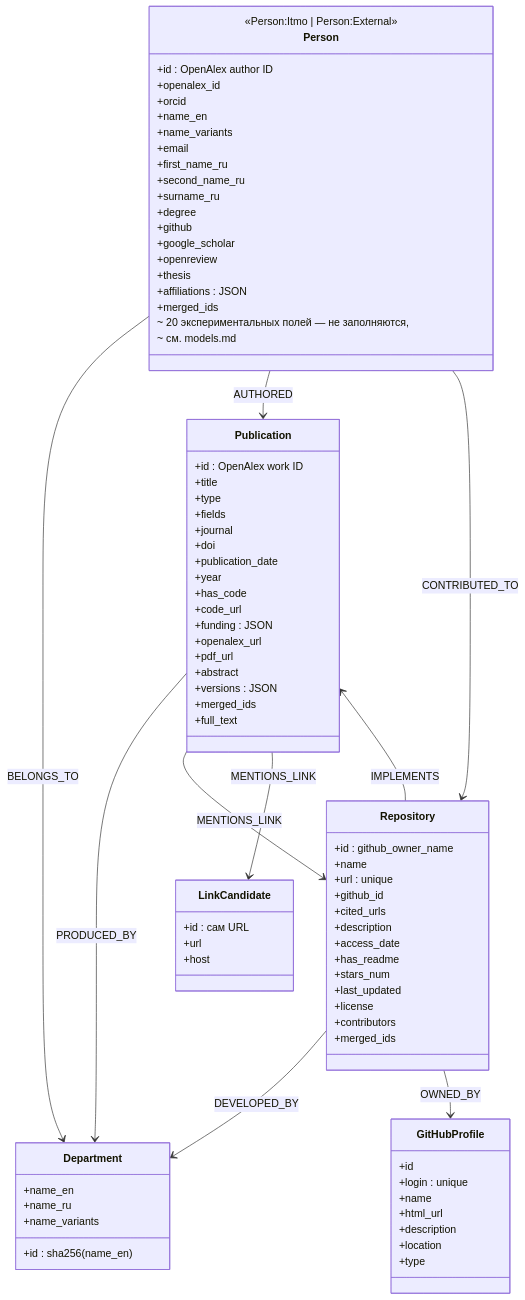
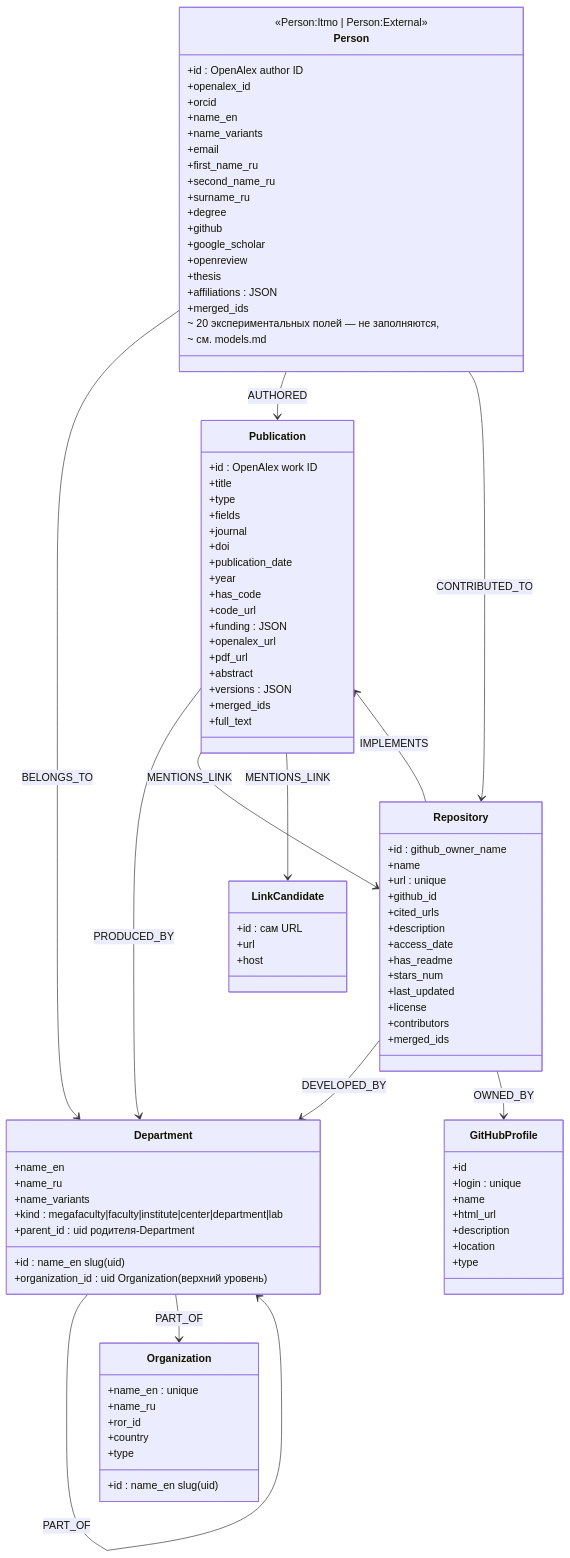
One commit to ITMO-NSS-team/PAUK changed the diagram in docs/diagrams/neo4j-schema.md. Above: the diagram before and after it, drawn with Mermaid. The commit also changed other lines of this file and 22 other files, not shown here.

````diff
--- a/docs/diagrams/neo4j-schema.md
+++ b/docs/diagrams/neo4j-schema.md
@@ -24,11 +24,23 @@
         ~ см. models.md
     }
 
+    class Organization {
+        +id : name_en slug (uid)
+        +name_en : unique
+        +name_ru
+        +ror_id
+        +country
+        +type
+    }
+
     class Department {
-        +id : sha256(name_en)
+        +id : name_en slug (uid)
         +name_en
         +name_ru
         +name_variants
+        +kind : megafaculty|faculty|institute|center|department|lab
+        +parent_id : uid родителя-Department
+        +organization_id : uid Organization (верхний уровень)
     }
 
     class Publication {
@@ -92,4 +104,6 @@
     Repository --> Department : DEVELOPED_BY
     Repository --> Publication : IMPLEMENTS
     Repository --> GitHubProfile : OWNED_BY
+    Department --> Department : PART_OF
+    Department --> Organization : PART_OF
 ```
````
